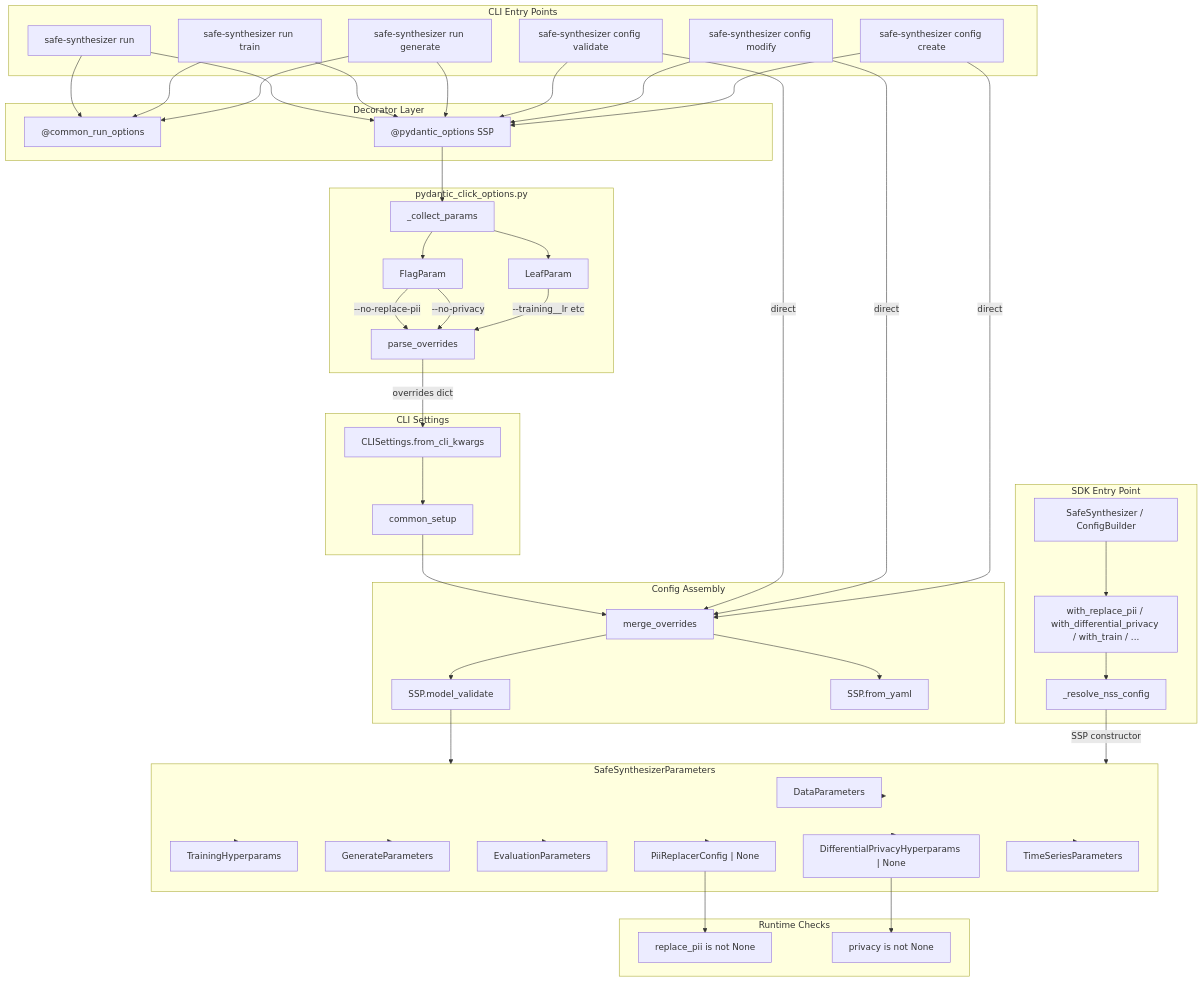
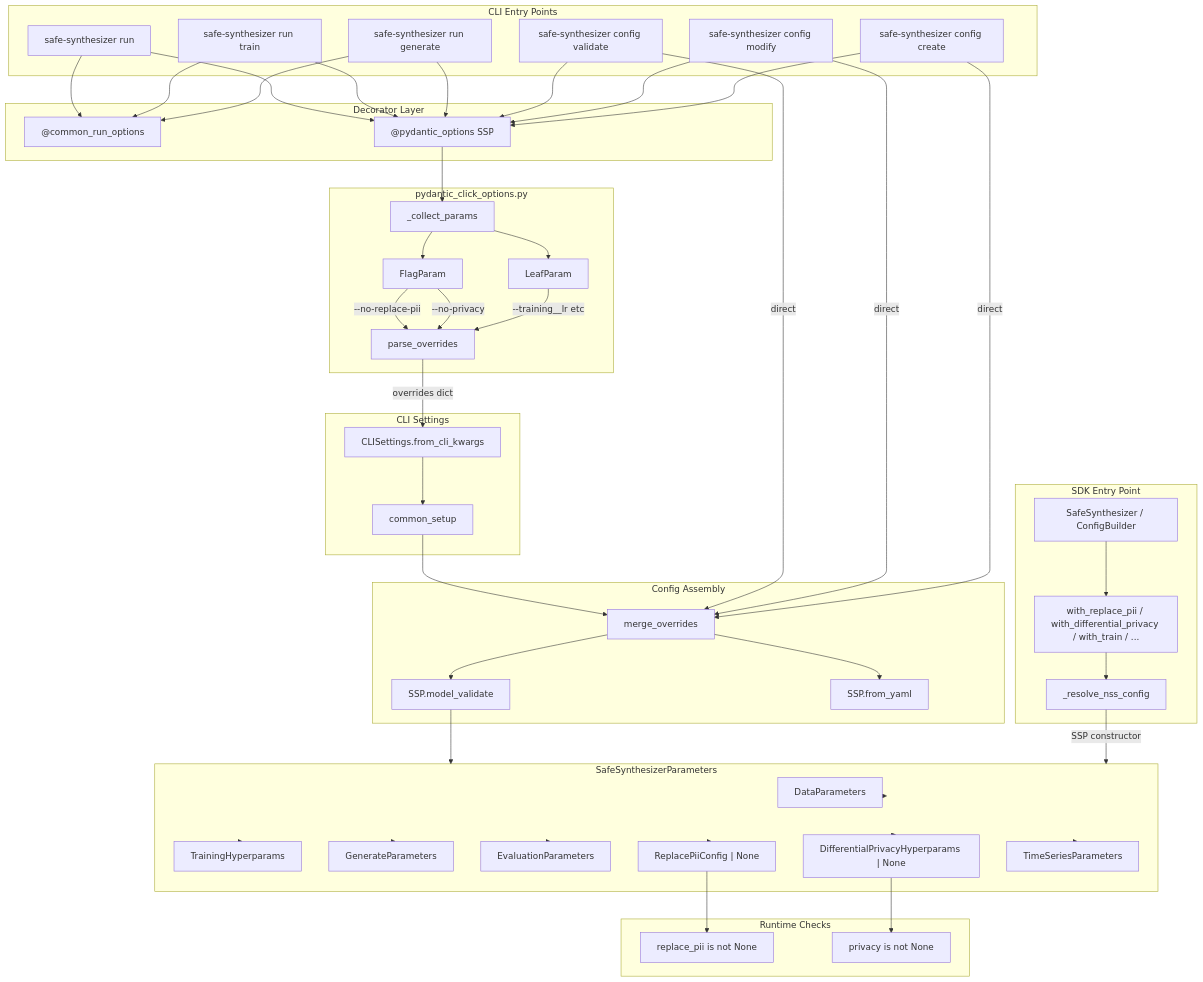
One commit to NVIDIA-NeMo/Safe-Synthesizer changed the second of 4 diagrams in docs/developer-guide/architecture.md. Above: the diagram before and after it, drawn with Mermaid. The commit also changed other lines of this file and 246 other files, not shown here.

```diff
--- a/docs/developer-guide/architecture.md
+++ b/docs/developer-guide/architecture.md
@@ -188,7 +188,7 @@
         training_p["TrainingHyperparams"]
         gen_p["GenerateParameters"]
         eval_p["EvaluationParameters"]
-        pii_p["PiiReplacerConfig | None"]
+        pii_p["ReplacePiiConfig | None"]
         dp_p["DifferentialPrivacyHyperparams | None"]
         ts_p["TimeSeriesParameters"]
     end
```
